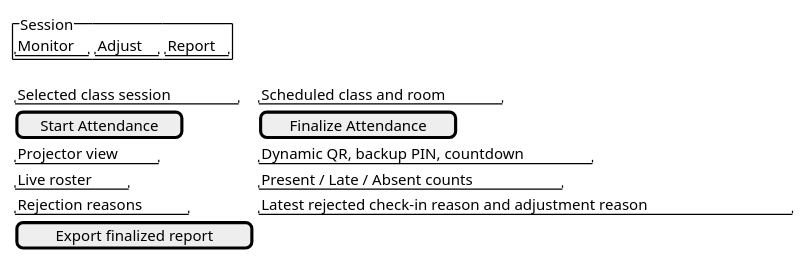
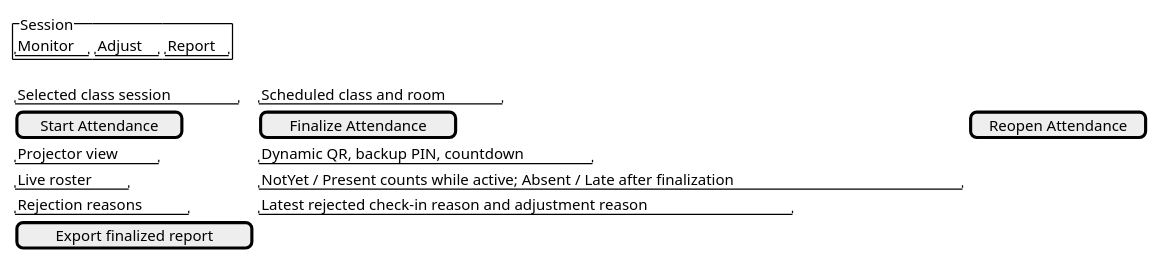
One commit to nttung42/SWD392 changed the fifth of 26 diagrams in docs/rds/2_Analysis.md. Above: the diagram before and after it, drawn with PlantUML. The commit also changed other lines of this file and 2 other files, not shown here.

````diff
--- a/docs/rds/2_Analysis.md
+++ b/docs/rds/2_Analysis.md
@@ -265,15 +264,15 @@
 ```plantuml
 @startsalt
 {
   {^"Session" | "Monitor" | "Adjust" | "Report"}
   {
     "Selected class session" | "Scheduled class and room"
-    [Start Attendance] | [Finalize Attendance]
+    [Start Attendance] | [Finalize Attendance] | [Reopen Attendance]
     "Projector view" | "Dynamic QR, backup PIN, countdown"
-    "Live roster" | "Present / Late / Absent counts"
+    "Live roster" | "NotYet / Present counts while active; Absent / Late after finalization"
     "Rejection reasons" | "Latest rejected check-in reason and adjustment reason"
     [Export finalized report]
   }
 }
 @endsalt
 ```
````
